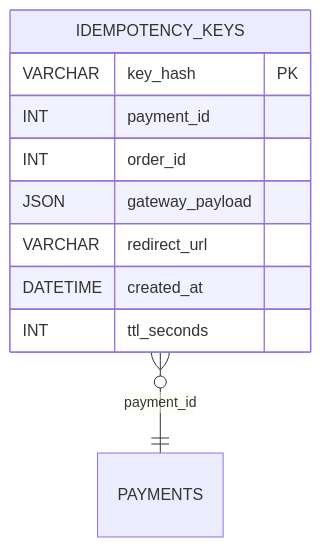
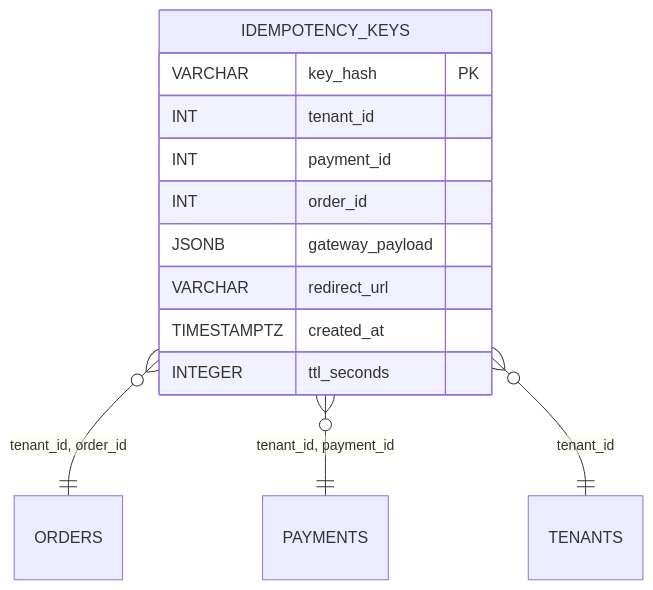
The diagram in README.md (blackcatdatabase/table-idempotency-keys), drawn with Mermaid before and after one commit. The commit also changed other lines of this file and 26 other files, not shown here.

First line of the commit message:
Regen schema (#1)

````diff
--- a/README.md
+++ b/README.md
@@ -53,13 +59,16 @@
 ```mermaid
 erDiagram
   IDEMPOTENCY_KEYS {
     VARCHAR key_hash PK
+    INT tenant_id
     INT payment_id
     INT order_id
-    JSON gateway_payload
+    JSONB gateway_payload
     VARCHAR redirect_url
-    DATETIME created_at
-    INT ttl_seconds
+    TIMESTAMPTZ created_at
+    INTEGER ttl_seconds
   }
-  IDEMPOTENCY_KEYS }o--|| PAYMENTS : "payment_id"
+  IDEMPOTENCY_KEYS }o--|| ORDERS : "tenant_id, order_id"
+  IDEMPOTENCY_KEYS }o--|| PAYMENTS : "tenant_id, payment_id"
+  IDEMPOTENCY_KEYS }o--|| TENANTS : "tenant_id"
 ```
````
